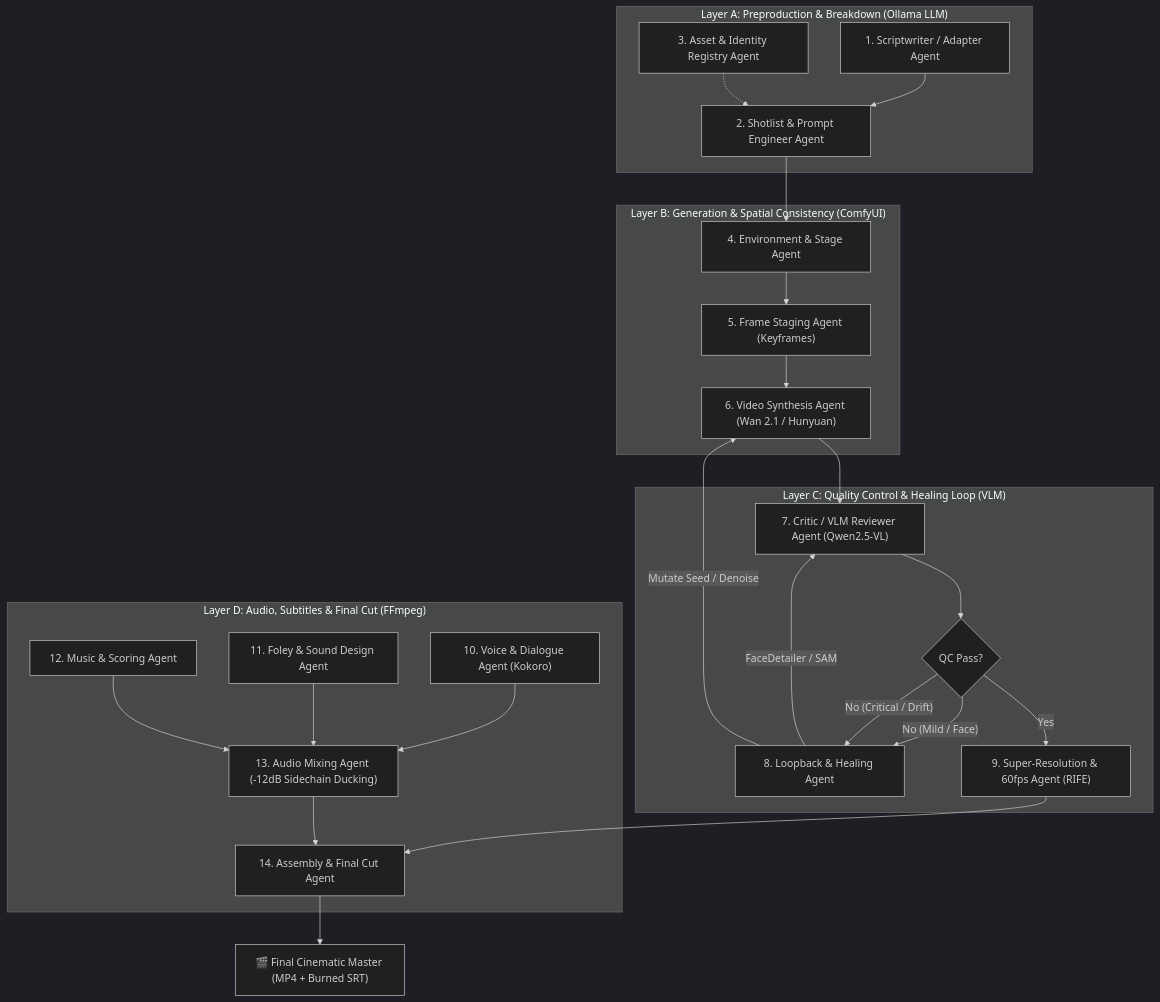
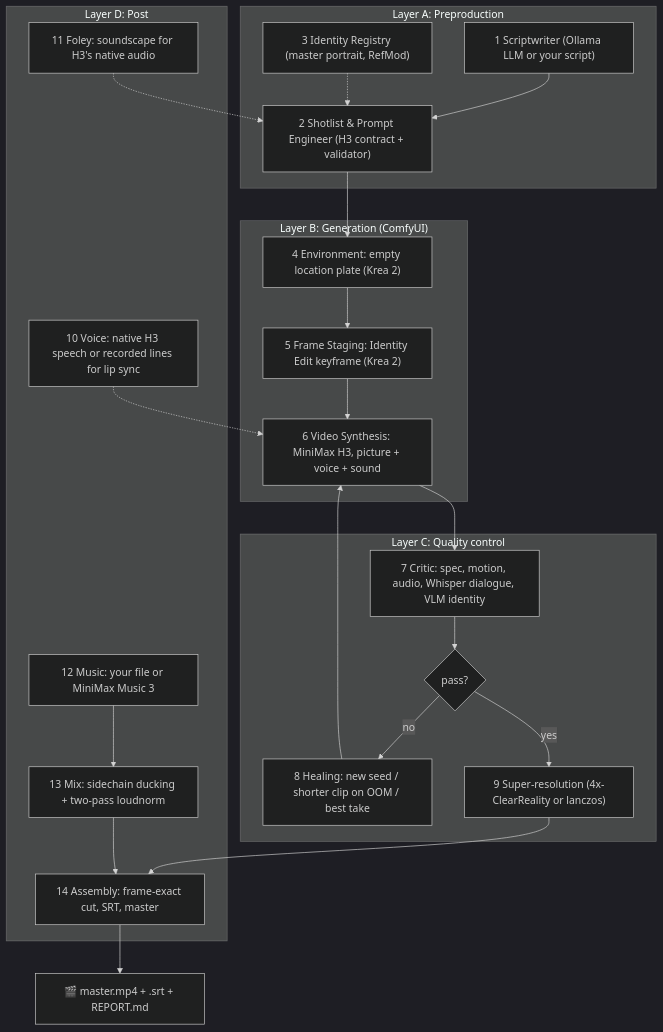
Before and after one commit to ProgramaGrueso/OpenCineAgent: the diagram in README.md, drawn with Mermaid (dark theme). The commit also changed other lines of this file and 49 other files, not shown here.

First line of the commit message:
feat: real pipeline on MiniMax H3 + Krea 2 via ComfyUI

````diff
--- a/README.md
+++ b/README.md
@@ -11,39 +79,33 @@
 ```mermaid
 flowchart TD
-    subgraph LayerA["Layer A: Preproduction & Breakdown (Ollama LLM)"]
-        A1["1. Scriptwriter / Adapter Agent"] --> A2["2. Shotlist & Prompt Engineer Agent"]
-        A3["3. Asset & Identity Registry Agent"] -.-> A2
+    subgraph A["Layer A: Preproduction"]
+        A1["1 Scriptwriter (Ollama LLM or your script)"] --> A2["2 Shotlist & Prompt Engineer (H3 contract + validator)"]
+        A3["3 Identity Registry (master portrait, RefMod)"] -.-> A2
     end
-
-    subgraph LayerB["Layer B: Generation & Spatial Consistency (ComfyUI)"]
-        B1["4. Environment & Stage Agent"] --> B2["5. Frame Staging Agent (Keyframes)"]
-        B2 --> B3["6. Video Synthesis Agent (Wan 2.1 / Hunyuan)"]
+    subgraph B["Layer B: Generation (ComfyUI)"]
+        B1["4 Environment: empty location plate (Krea 2)"] --> B2["5 Frame Staging: Identity Edit keyframe (Krea 2)"]
+        B2 --> B3["6 Video Synthesis: MiniMax H3, picture + voice + sound"]
     end
-
-    subgraph LayerC["Layer C: Quality Control & Healing Loop (VLM)"]
-        C1["7. Critic / VLM Reviewer Agent (Qwen2.5-VL)"]
-        C2{"QC Pass?"}
-        C3["8. Loopback & Healing Agent"]
-        C4["9. Super-Resolution & 60fps Agent (RIFE)"]
-        
-        B3 --> C1
-        C1 --> C2
-        C2 -- "No (Mild / Face)" --> C3 -- "FaceDetailer / SAM" --> C1
-        C2 -- "No (Critical / Drift)" --> C3 -- "Mutate Seed / Denoise" --> B3
-        C2 -- "Yes" --> C4
+    subgraph C["Layer C: Quality control"]
+        C1["7 Critic: spec, motion, audio, Whisper dialogue, VLM identity"]
+        C2{"pass?"}
+        C3["8 Healing: new seed / shorter clip on OOM / best take"]
+        C4["9 Super-resolution (4x-ClearReality or lanczos)"]
+        B3 --> C1 --> C2
+        C2 -- no --> C3 --> B3
+        C2 -- yes --> C4
     end
-
-    subgraph LayerD["Layer D: Audio, Subtitles & Final Cut (FFmpeg)"]
-        D1["10. Voice & Dialogue Agent (Kokoro)"]
-        D2["11. Foley & Sound Design Agent"]
-        D3["12. Music & Scoring Agent"]
-        D4["13. Audio Mixing Agent (-12dB Sidechain Ducking)"]
-        D5["14. Assembly & Final Cut Agent"]
-
-        D1 & D2 & D3 --> D4
-        C4 & D4 --> D5
+    subgraph D["Layer D: Post"]
+        D1["10 Voice: native H3 speech or recorded lines for lip sync"]
+        D2["11 Foley: soundscape for H3's native audio"]
+        D3["12 Music: your file or MiniMax Music 3"]
+        D4["13 Mix: sidechain ducking + two-pass loudnorm"]
+        D5["14 Assembly: frame-exact cut, SRT, master"]
     end
-
     A2 --> B1
-    D5 --> Output["🎬 Final Cinematic Master (MP4 + Burned SRT)"]
+    D1 -.-> B3
+    D2 -.-> A2
+    C4 --> D5
+    D3 --> D4 --> D5
+    D5 --> OUT["🎬 master.mp4 + .srt + REPORT.md"]
 ```
````
